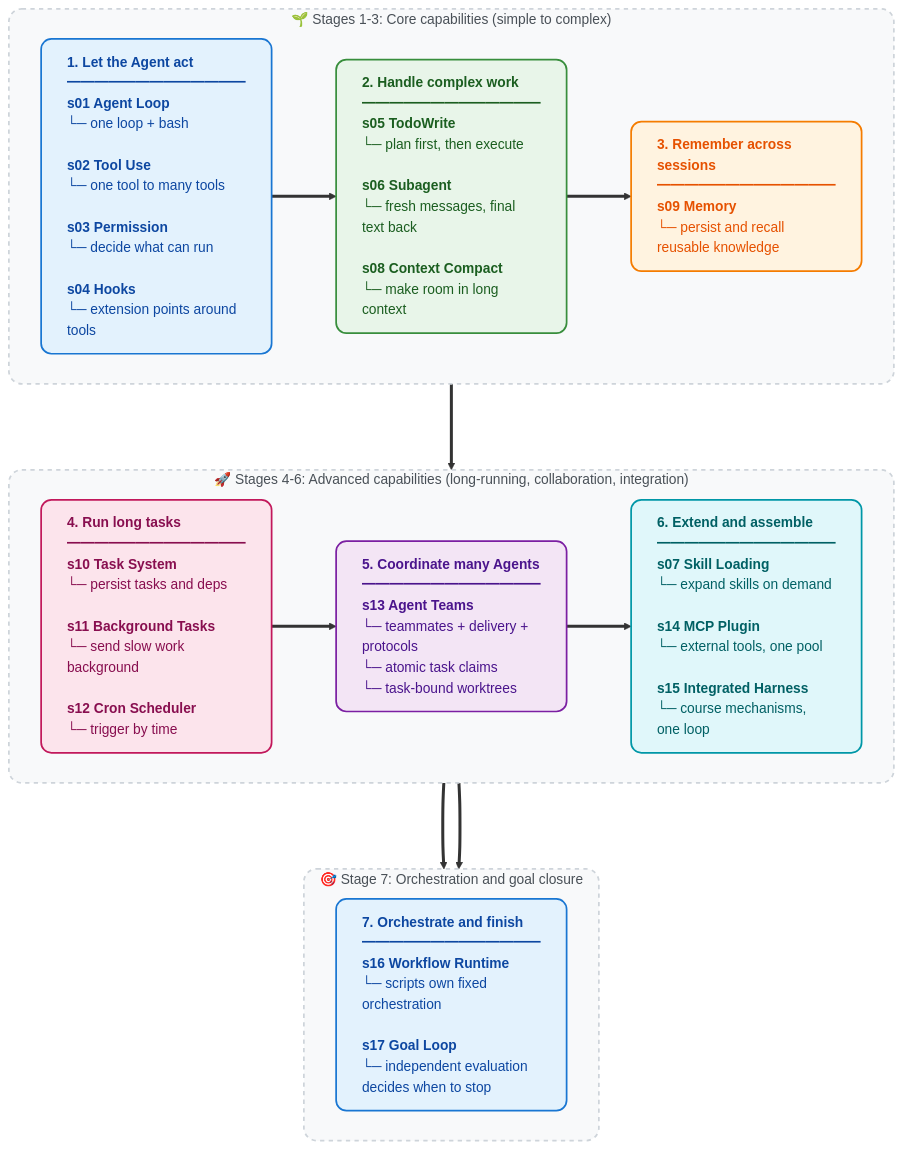
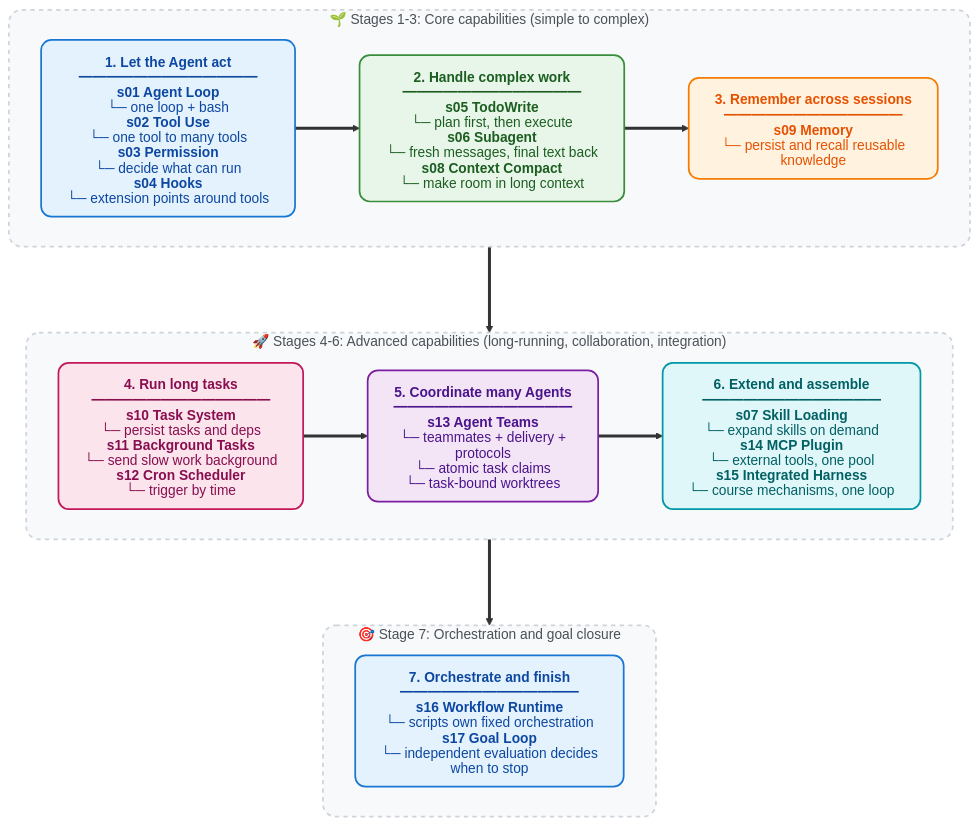
Before and after one commit to shareAI-lab/learn-claude-code: the diagram in README.md, drawn with Mermaid. The commit also changed 2 other files, not shown here.

Commit message:
docs: fix learning path label wrapping and stage layout

````diff
--- a/README.md
+++ b/README.md
@@ -249,12 +249,18 @@
 ```mermaid
+---
+config:
+  htmlLabels: false
+  flowchart:
+    wrappingWidth: 260
+---
 flowchart TD
     %% Card styles
-    classDef stage1 fill:#E3F2FD,stroke:#1976D2,stroke-width:2px,color:#0D47A1,rx:12,ry:12,text-align:left
-    classDef stage2 fill:#E8F5E9,stroke:#388E3C,stroke-width:2px,color:#1B5E20,rx:12,ry:12,text-align:left
-    classDef stage3 fill:#FFF3E0,stroke:#F57C00,stroke-width:2px,color:#E65100,rx:12,ry:12,text-align:left
-    classDef stage4 fill:#FCE4EC,stroke:#C2185b,stroke-width:2px,color:#880E4F,rx:12,ry:12,text-align:left
-    classDef stage5 fill:#F3E5F5,stroke:#7B1FA2,stroke-width:2px,color:#4A148C,rx:12,ry:12,text-align:left
-    classDef stage6 fill:#E0F7FA,stroke:#0097A7,stroke-width:2px,color:#006064,rx:12,ry:12,text-align:left
+    classDef stage1 fill:#E3F2FD,stroke:#1976D2,stroke-width:2px,color:#0D47A1,rx:12,ry:12,text-align:center
+    classDef stage2 fill:#E8F5E9,stroke:#388E3C,stroke-width:2px,color:#1B5E20,rx:12,ry:12,text-align:center
+    classDef stage3 fill:#FFF3E0,stroke:#F57C00,stroke-width:2px,color:#E65100,rx:12,ry:12,text-align:center
+    classDef stage4 fill:#FCE4EC,stroke:#C2185b,stroke-width:2px,color:#880E4F,rx:12,ry:12,text-align:center
+    classDef stage5 fill:#F3E5F5,stroke:#7B1FA2,stroke-width:2px,color:#4A148C,rx:12,ry:12,text-align:center
+    classDef stage6 fill:#E0F7FA,stroke:#0097A7,stroke-width:2px,color:#006064,rx:12,ry:12,text-align:center
 
     %% Group style
     classDef groupBox fill:#F8F9FA,stroke:#CED4DA,stroke-width:2px,stroke-dasharray: 5 5,rx:15,ry:15,color:#495057
@@ -262,11 +268,35 @@
     %% Layer 1: stages 1-3
     subgraph Phase1 ["🌱 Stages 1-3: Core capabilities (simple to complex)"]
         direction LR
-        S1["<b>1. Let the Agent act</b><br/>━━━━━━━━━━━━━<br/><b>s01 Agent Loop</b><br/>└─ one loop + bash<br/><br/><b>s02 Tool Use</b><br/>└─ one tool to many tools<br/><br/><b>s03 Permission</b><br/>└─ decide what can run<br/><br/><b>s04 Hooks</b><br/>└─ extension points around tools"]:::stage1
+        S1["`**1. Let the Agent act**
+━━━━━━━━━━━━━
+**s01 Agent Loop**
+└─ one loop + bash
 
-        S2["<b>2. Handle complex work</b><br/>━━━━━━━━━━━━━<br/><b>s05 TodoWrite</b><br/>└─ plan first, then execute<br/><br/><b>s06 Subagent</b><br/>└─ fresh messages, final text back<br/><br/><b>s08 Context Compact</b><br/>└─ make room in long context"]:::stage2
+**s02 Tool Use**
+└─ one tool to many tools
 
-        S3["<b>3. Remember across sessions</b><br/>━━━━━━━━━━━━━<br/><b>s09 Memory</b><br/>└─ persist and recall reusable knowledge"]:::stage3
+**s03 Permission**
+└─ decide what can run
+
+**s04 Hooks**
+└─ extension points around tools`"]:::stage1
+
+        S2["`**2. Handle complex work**
+━━━━━━━━━━━━━
+**s05 TodoWrite**
+└─ plan first, then execute
+
+**s06 Subagent**
+└─ fresh messages, final text back
+
+**s08 Context Compact**
+└─ make room in long context`"]:::stage2
+
+        S3["`**3. Remember across sessions**
+━━━━━━━━━━━━━
+**s09 Memory**
+└─ persist and recall reusable knowledge`"]:::stage3
 
         S1 ==> S2 ==> S3
     end
@@ -274,11 +304,34 @@
     %% Layer 2: stages 4-6
     subgraph Phase2 ["🚀 Stages 4-6: Advanced capabilities (long-running, collaboration, integration)"]
         direction LR
-        S4["<b>4. Run long tasks</b><br/>━━━━━━━━━━━━━<br/><b>s10 Task System</b><br/>└─ persist tasks and deps<br/><br/><b>s11 Background Tasks</b><br/>└─ send slow work background<br/><br/><b>s12 Cron Scheduler</b><br/>└─ trigger by time"]:::stage4
+        S4["`**4. Run long tasks**
+━━━━━━━━━━━━━
+**s10 Task System**
+└─ persist tasks and deps
 
-        S5["<b>5. Coordinate many Agents</b><br/>━━━━━━━━━━━━━<br/><b>s13 Agent Teams</b><br/>└─ teammates + delivery + protocols<br/>└─ atomic task claims<br/>└─ task-bound worktrees"]:::stage5
+**s11 Background Tasks**
+└─ send slow work background
 
-        S6["<b>6. Extend and assemble</b><br/>━━━━━━━━━━━━━<br/><b>s07 Skill Loading</b><br/>└─ expand skills on demand<br/><br/><b>s14 MCP Plugin</b><br/>└─ external tools, one pool<br/><br/><b>s15 Integrated Harness</b><br/>└─ course mechanisms, one loop"]:::stage6
+**s12 Cron Scheduler**
+└─ trigger by time`"]:::stage4
+
+        S5["`**5. Coordinate many Agents**
+━━━━━━━━━━━━━
+**s13 Agent Teams**
+└─ teammates + delivery + protocols
+└─ atomic task claims
+└─ task-bound worktrees`"]:::stage5
+
+        S6["`**6. Extend and assemble**
+━━━━━━━━━━━━━
+**s07 Skill Loading**
+└─ expand skills on demand
+
+**s14 MCP Plugin**
+└─ external tools, one pool
+
+**s15 Integrated Harness**
+└─ course mechanisms, one loop`"]:::stage6
 
         S4 ==> S5 ==> S6
     end
@@ -286,11 +339,17 @@
     %% Layer 3: orchestration and goal closure
     subgraph Phase3 ["🎯 Stage 7: Orchestration and goal closure"]
         direction LR
-        S7["<b>7. Orchestrate and finish</b><br/>━━━━━━━━━━━━━<br/><b>s16 Workflow Runtime</b><br/>└─ scripts own fixed orchestration<br/><br/><b>s17 Goal Loop</b><br/>└─ independent evaluation decides when to stop"]:::stage1
-        S6 ==> S7
+        S7["`**7. Orchestrate and finish**
+━━━━━━━━━━━━━
+**s16 Workflow Runtime**
+└─ scripts own fixed orchestration
+
+**s17 Goal Loop**
+└─ independent evaluation decides when to stop`"]:::stage1
     end
 
     %% Connect the three layers
+    %% Link groups, not their nodes, to preserve each group's LR direction.
     Phase1 ===> Phase2 ===> Phase3
 
     class Phase1,Phase2,Phase3 groupBox
````
